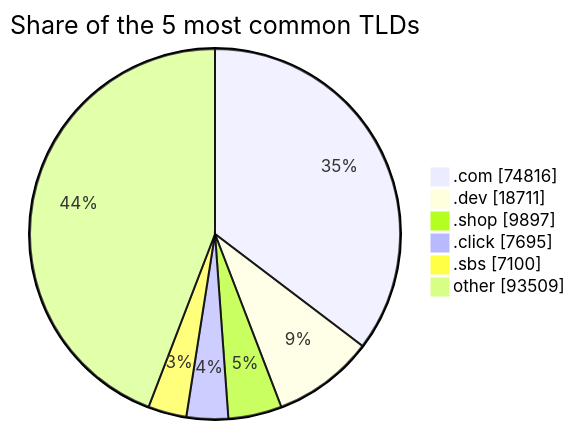
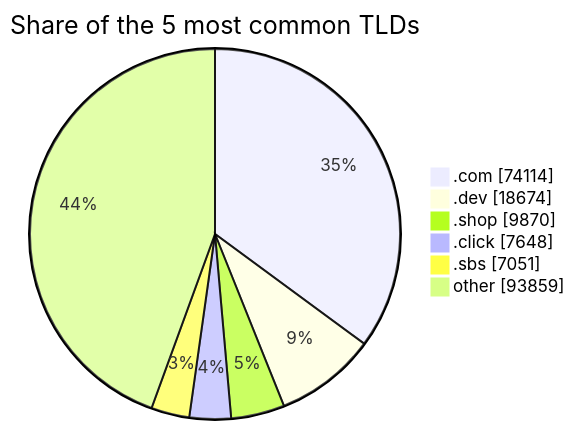
Before and after one commit to DNSBunker/CTI: the third of 3 diagrams in README.md, drawn with Mermaid. The commit also changed other lines of this file and 3 other files, not shown here.

````diff
--- a/README.md
+++ b/README.md
@@ -81,9 +81,9 @@
 ```mermaid
 pie showData title Share of the 5 most common TLDs
-    ".com" : 74816
-    ".dev" : 18711
-    ".shop" : 9897
-    ".click" : 7695
-    ".sbs" : 7100
-    "other" : 93509
+    ".com" : 74114
+    ".dev" : 18674
+    ".shop" : 9870
+    ".click" : 7648
+    ".sbs" : 7051
+    "other" : 93859
 ```
````
